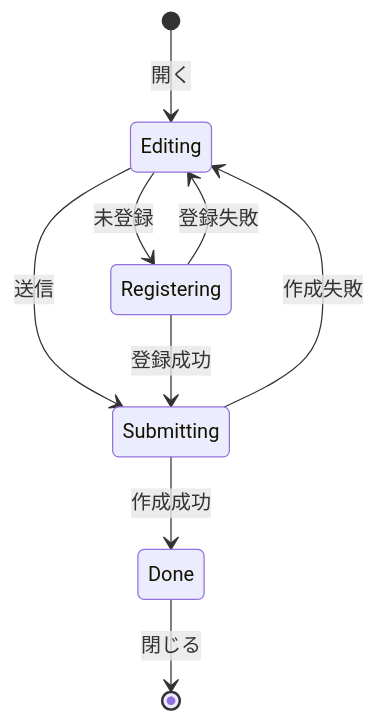
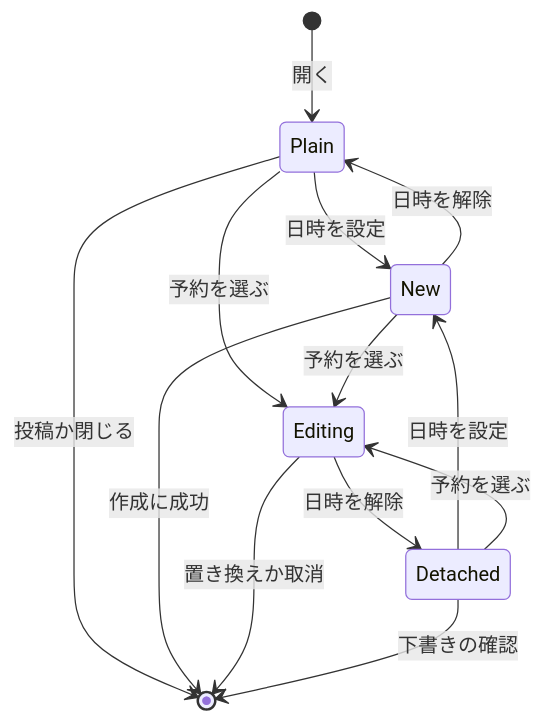
Before and after one commit to nekono-dev/skyshare: the second of 3 diagrams in specs/schedule-form/design.md, drawn with Mermaid. The commit also changed other lines of this file and 23 other files, not shown here.

````diff
--- a/specs/schedule-form/design.md
+++ b/specs/schedule-form/design.md
@@ -36,11 +45,15 @@
 ```mermaid
 stateDiagram-v2
-  [*] --> Editing: 開く
-  Editing --> Registering: 未登録
-  Editing --> Submitting: 送信
-  Registering --> Submitting: 登録成功
-  Registering --> Editing: 登録失敗
-  Submitting --> Done: 作成成功
-  Submitting --> Editing: 作成失敗
-  Done --> [*]: 閉じる
+  [*] --> Plain: 開く
+  Plain --> New: 日時を設定
+  Plain --> Editing: 予約を選ぶ
+  Plain --> [*]: 投稿か閉じる
+  New --> Plain: 日時を解除
+  New --> Editing: 予約を選ぶ
+  New --> [*]: 作成に成功
+  Editing --> Detached: 日時を解除
+  Editing --> [*]: 置き換えか取消
+  Detached --> New: 日時を設定
+  Detached --> Editing: 予約を選ぶ
+  Detached --> [*]: 下書きの確認
 ```
````
